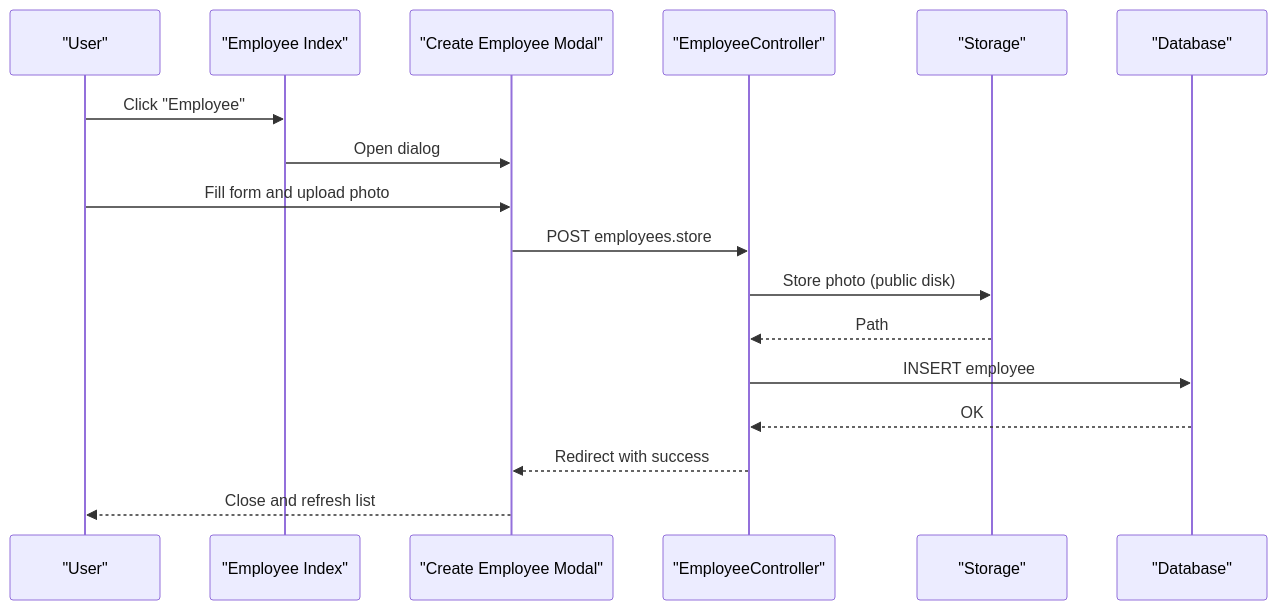
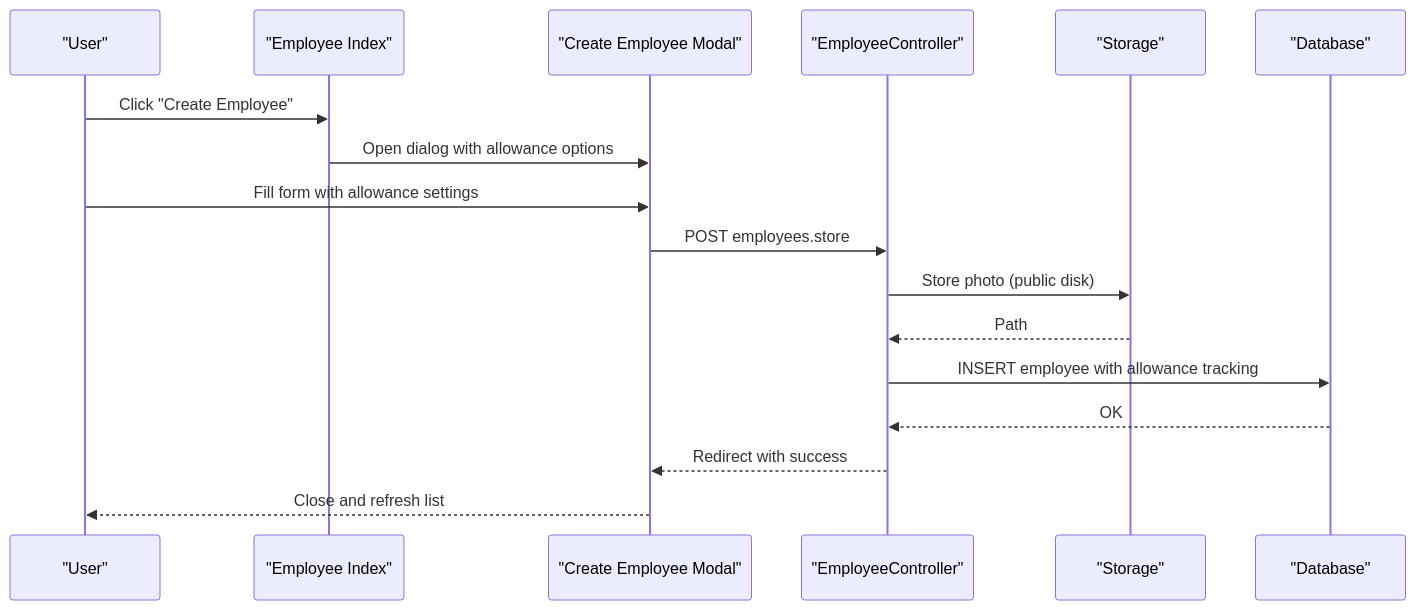
The fourth of 8 diagrams in .qoder/repowiki/en/content/Employee Management/Employee Management.md (vincet0t15/template), drawn with Mermaid before and after one commit. The commit also changed other lines of this file and 7 other files, not shown here.

````diff
--- a/.qoder/repowiki/en/content/Employee Management/Employee Management.md
+++ b/.qoder/repowiki/en/content/Employee Management/Employee Management.md
@@ -230,19 +276,19 @@
 ```mermaid
 sequenceDiagram
 participant U as "User"
 participant IDX as "Employee Index"
 participant CRT as "Create Employee Modal"
 participant CTRL as "EmployeeController"
 participant STG as "Storage"
 participant DB as "Database"
-U->>IDX : Click "Employee"
-IDX->>CRT : Open dialog
-U->>CRT : Fill form and upload photo
+U->>IDX : Click "Create Employee"
+IDX->>CRT : Open dialog with allowance options
+U->>CRT : Fill form with allowance settings
 CRT->>CTRL : POST employees.store
 CTRL->>STG : Store photo (public disk)
 STG-->>CTRL : Path
-CTRL->>DB : INSERT employee
+CTRL->>DB : INSERT employee with allowance tracking
 DB-->>CTRL : OK
 CTRL-->>CRT : Redirect with success
 CRT-->>U : Close and refresh list
 ```
````
